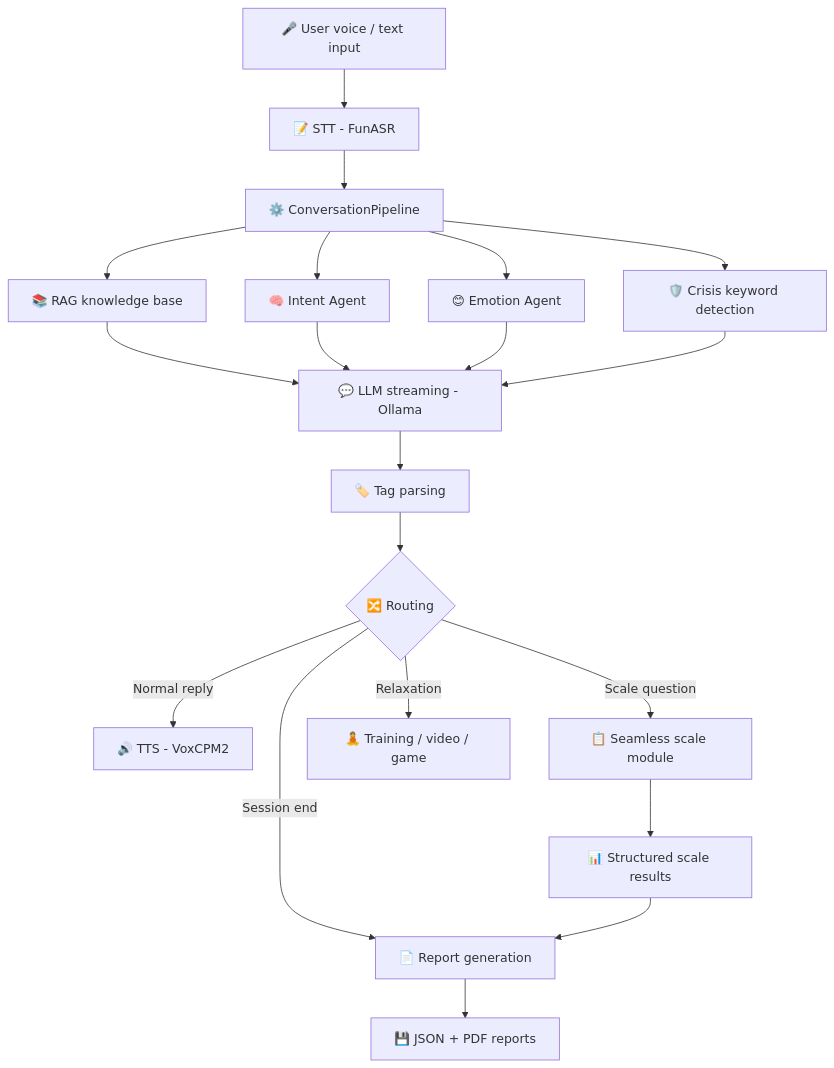
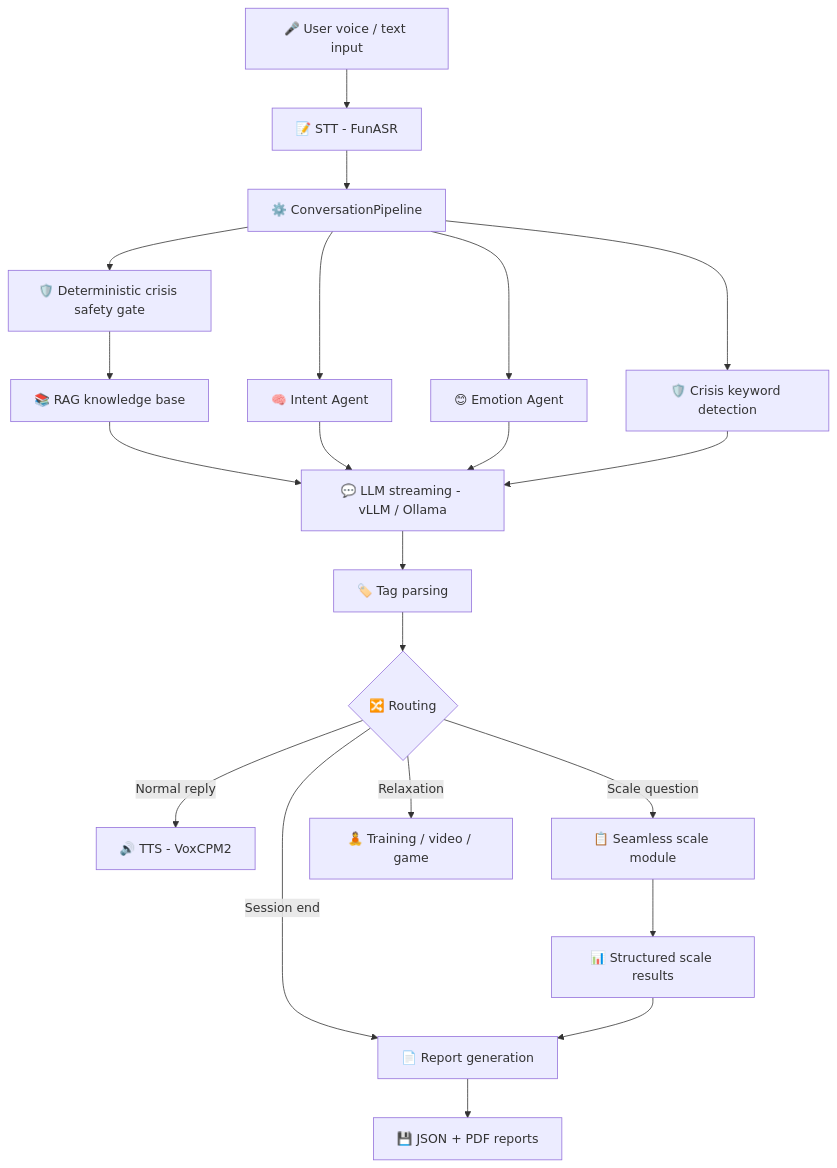
Before and after one commit to jersery66/voicechat3: the third of 4 diagrams in README.md, drawn with Mermaid. The commit also changed other lines of this file and 14 other files, not shown here.

````diff
--- a/README.md
+++ b/README.md
@@ -641,22 +665,23 @@
 ```mermaid
 flowchart TD
     A[🎤 User voice / text input] --> B[📝 STT - FunASR]
     B --> C[⚙️ ConversationPipeline]
     C --> D[🧠 Intent Agent]
     C --> E[😊 Emotion Agent]
     C --> F[🛡️ Crisis keyword detection]
-    C --> C2[📚 RAG knowledge base]
-    C2 --> H[💬 LLM streaming - Ollama]
+    C --> C1[🛡️ Deterministic crisis safety gate]
+    C1 --> C2[📚 RAG knowledge base]
+    C2 --> H[💬 LLM streaming - vLLM / Ollama]
     D --> H
     E --> H
     F --> H
     H --> I[🏷️ Tag parsing]
     I --> J{🔀 Routing}
     J -->|Normal reply| K[🔊 TTS - VoxCPM2]
     J -->|Scale question| L[📋 Seamless scale module]
     J -->|Relaxation| M[🧘 Training / video / game]
     J -->|Session end| N[📄 Report generation]
     L --> O[📊 Structured scale results]
     O --> N
     N --> P[💾 JSON + PDF reports]
 ```
````
